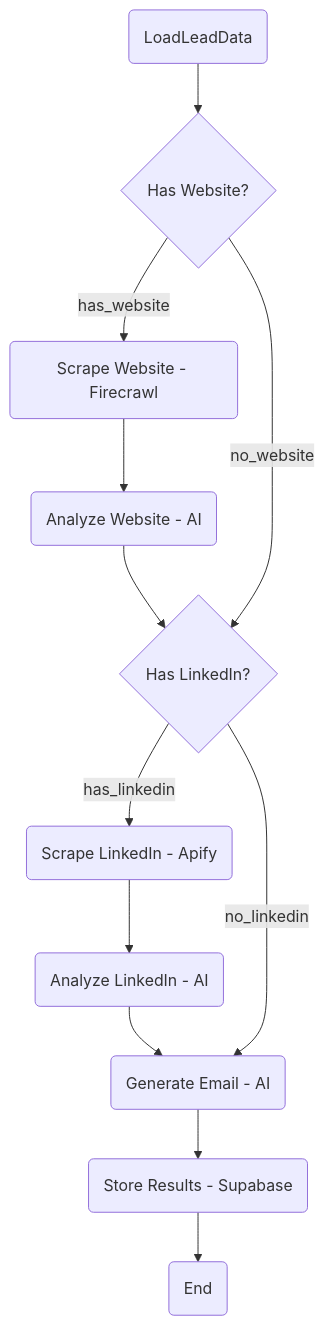
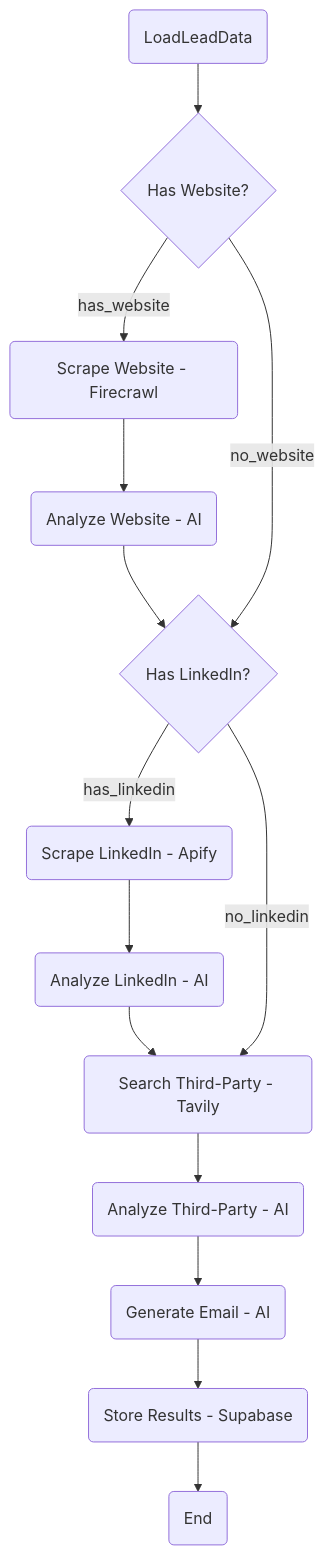
The diagram in docs/design.md (The-Pocket/PocketFlow), drawn with Mermaid before and after one commit. The commit also changed other lines of this file and 21 other files, not shown here.

````diff
--- a/docs/design.md
+++ b/docs/design.md
@@ -20,19 +20,22 @@
     ```mermaid
     flowchart TD
         Start(LoadLeadData) --> CheckWebsite{Has Website?}
 
         CheckWebsite -- "has_website" --> ScrapeWebsite(Scrape Website - Firecrawl)
         ScrapeWebsite --> AnalyzeWebsite(Analyze Website - AI)
         AnalyzeWebsite --> CheckLinkedIn{Has LinkedIn?}
 
         CheckWebsite -- "no_website" --> CheckLinkedIn
 
         CheckLinkedIn -- "has_linkedin" --> ScrapeLinkedIn(Scrape LinkedIn - Apify)
         ScrapeLinkedIn --> AnalyzeLinkedIn(Analyze LinkedIn - AI)
-        AnalyzeLinkedIn --> GenerateEmail(Generate Email - AI)
+        AnalyzeLinkedIn --> SearchTavily(Search Third-Party - Tavily)
 
-        CheckLinkedIn -- "no_linkedin" --> GenerateEmail
+        CheckLinkedIn -- "no_linkedin" --> SearchTavily
+
+        SearchTavily --> AnalyzeTavily(Analyze Third-Party - AI)
+        AnalyzeTavily --> GenerateEmail(Generate Email - AI)
 
         GenerateEmail --> StoreResults(Store Results - Supabase)
         StoreResults --> End(End)
     ```
````
